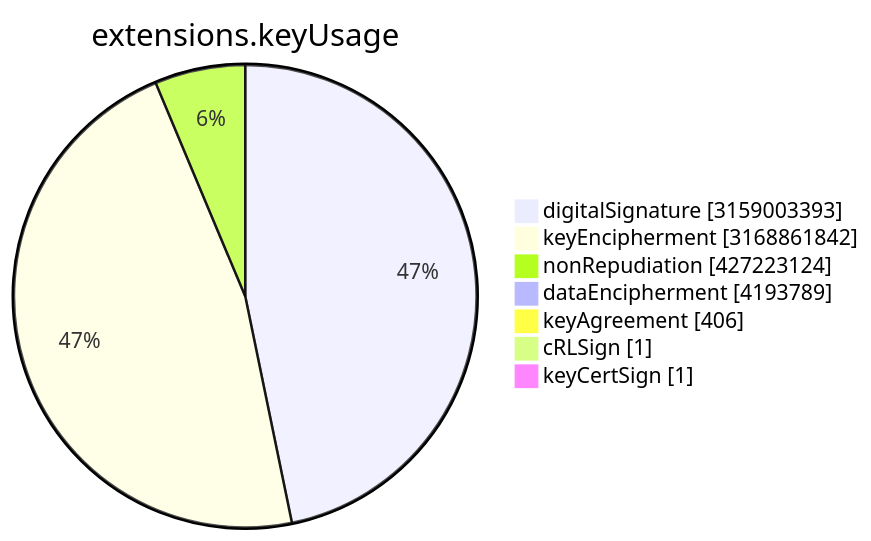
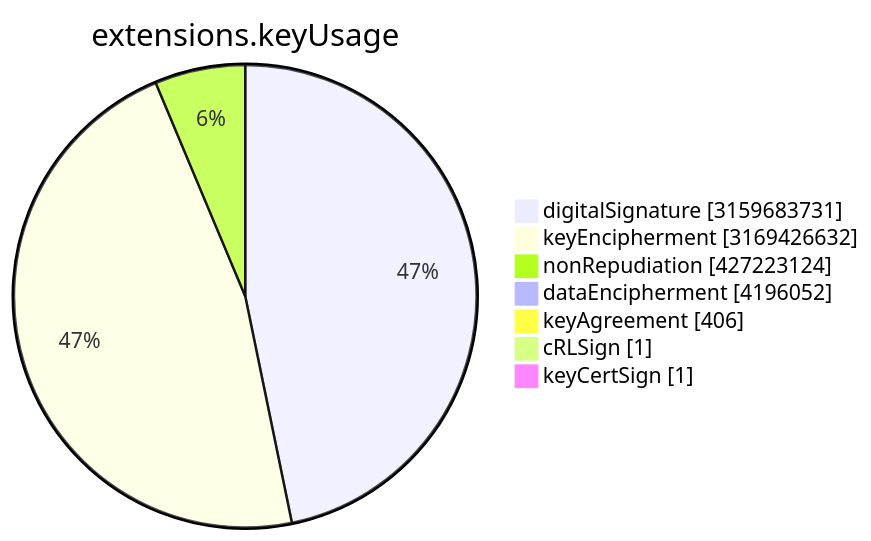
Before and after one commit to christiankrug/ctmonitor_visualization: the sixth of 15 diagrams in TOTAL/README.md, drawn with Mermaid. The commit also changed other lines of this file, not shown here.

````diff
--- a/TOTAL/README.md
+++ b/TOTAL/README.md
@@ -3077,11 +3077,11 @@
 ```mermaid
 pie showData
 title extensions.keyUsage
-"digitalSignature" :3159003393
-"keyEncipherment" :3168861842
+"digitalSignature" :3159683731
+"keyEncipherment" :3169426632
 "nonRepudiation" :427223124
-"dataEncipherment" :4193789
+"dataEncipherment" :4196052
 "keyAgreement" :406
 "cRLSign" :1
 "keyCertSign" :1
 ```
````
